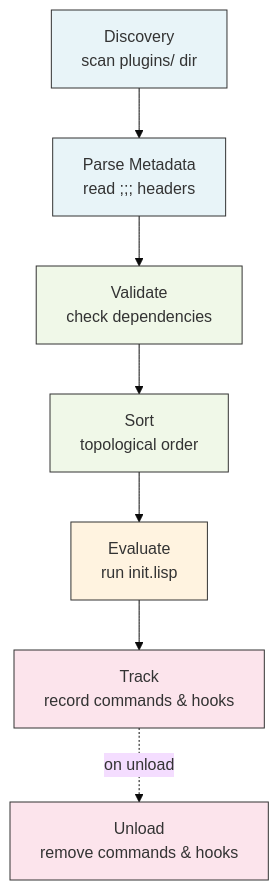
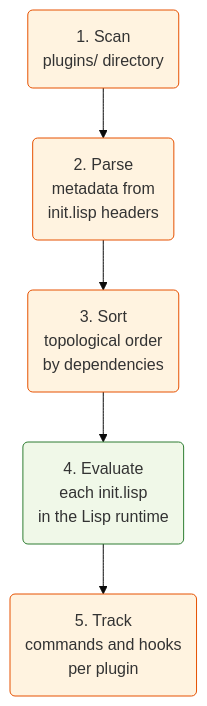
One commit to andrealaforgia/alfred changed the third of 5 diagrams in docs/walkthrough/alfred-walkthrough.md. Above: the diagram before and after it, drawn with Mermaid (base theme). The commit also changed other lines of this file and 4 other files, not shown here.

````diff
--- a/docs/walkthrough/alfred-walkthrough.md
+++ b/docs/walkthrough/alfred-walkthrough.md
@@ -430,21 +294,13 @@
 ```mermaid
 graph TD
-    D["Discovery<br/>scan plugins/ dir"]
-    M["Parse Metadata<br/>read ;;; headers"]
-    V["Validate<br/>check dependencies"]
-    S["Sort<br/>topological order"]
-    E["Evaluate<br/>run init.lisp"]
-    T["Track<br/>record commands & hooks"]
-    U["Unload<br/>remove commands & hooks"]
+    SCAN("1. Scan<br/>plugins/ directory") --> PARSE("2. Parse<br/>metadata from<br/>init.lisp headers")
+    PARSE --> SORT("3. Sort<br/>topological order<br/>by dependencies")
+    SORT --> EVAL("4. Evaluate<br/>each init.lisp<br/>in the Lisp runtime")
+    EVAL --> TRACK("5. Track<br/>commands and hooks<br/>per plugin")
 
-    D --> M --> V --> S --> E --> T
-    T -.->|"on unload"| U
-
-    style D fill:#e8f4f8,stroke:#333
-    style M fill:#e8f4f8,stroke:#333
-    style V fill:#f0f8e8,stroke:#333
-    style S fill:#f0f8e8,stroke:#333
-    style E fill:#fff3e0,stroke:#333
-    style T fill:#fce4ec,stroke:#333
-    style U fill:#fce4ec,stroke:#333
+    style SCAN fill:#fff3e0,stroke:#e65100
+    style PARSE fill:#fff3e0,stroke:#e65100
+    style SORT fill:#fff3e0,stroke:#e65100
+    style EVAL fill:#f0f8e8,stroke:#2e7d32
+    style TRACK fill:#fff3e0,stroke:#e65100
 ```
````
